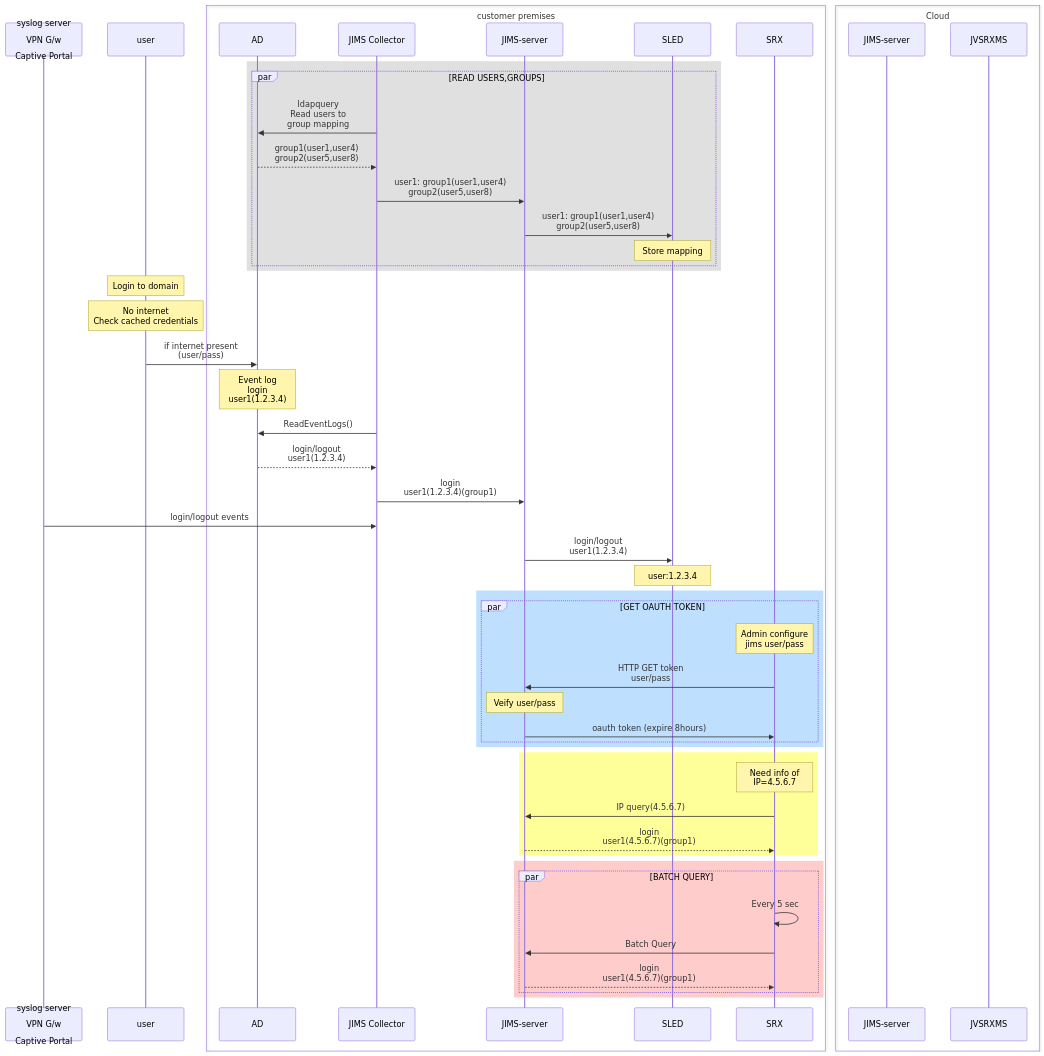
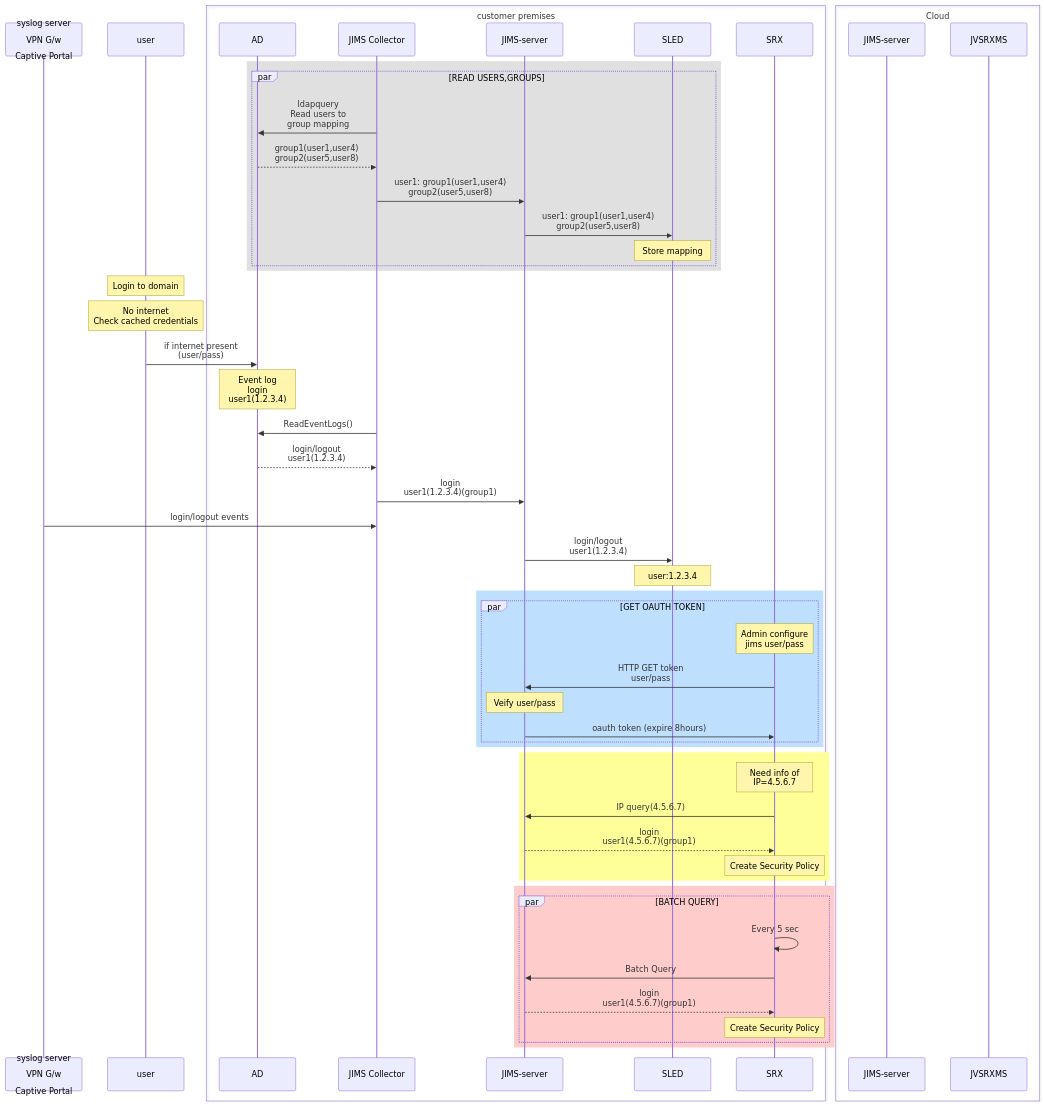
Before and after one commit to code-with-amitk/Code-examples: the diagram in Networking/Networking_Devices/Firewall/JIMS/README.adoc, drawn with Mermaid. The commit also changed other lines of this file, not shown here.

````diff
--- a/Networking/Networking_Devices/Firewall/JIMS/README.adoc
+++ b/Networking/Networking_Devices/Firewall/JIMS/README.adoc
@@ -8,61 +8,63 @@
 ```mermaid
 sequenceDiagram
   participant o as syslog server<br><br>VPN G/w<br><br>Captive Portal
   participant u as user
   box customer premises
   participant ad as AD
   participant col as JIMS Collector
   participant ser as JIMS-server
   participant sled as SLED
   participant srx as SRX
   end
 
   box Cloud
   participant srv as JIMS-server
   participant vsrx as JVSRXMS
   end
 
  rect rgb(224, 224, 224) 
  par READ USERS,GROUPS
  col ->> ad: ldapquery<br>Read users to <br>group mapping
  ad -->> col: group1(user1,user4)<br>group2(user5,user8)
  col ->> ser: user1: group1(user1,user4)<br>group2(user5,user8)
  ser ->> sled: user1: group1(user1,user4)<br>group2(user5,user8)
  Note over sled: Store mapping
  end end
 
 
  Note over u: Login to domain
  Note over u: No internet<br>Check cached credentials
  u ->> ad: if internet present<br>(user/pass)
  Note over ad: Event log<br>login<br>user1(1.2.3.4)
  col ->> ad: ReadEventLogs()
  ad -->> col: login/logout<br>user1(1.2.3.4)
  col ->> ser: login<br>user1(1.2.3.4)(group1)
  o ->> col: login/logout events
  ser ->> sled: login/logout<br>user1(1.2.3.4)
  Note over sled: user:1.2.3.4
 
  rect rgb(191, 223, 255)
  par GET OAUTH TOKEN
  Note over srx: Admin configure<br>jims user/pass
  srx ->> ser: HTTP GET token<br> user/pass
  Note over ser: Veify user/pass
  ser ->> srx: oauth token (expire 8hours)
  end
  end
 
  rect rgb(255, 255, 153)
  Note over srx: Need info of<br>IP=4.5.6.7
  srx ->> ser: IP query(4.5.6.7)
  ser -->> srx: login<br>user1(4.5.6.7)(group1)
+ Note over srx: Create Security Policy
  end
 
  rect rgb(255, 204, 204)
  par BATCH QUERY
  srx ->> srx: Every 5 sec
  srx ->> ser: Batch Query
  ser -->> srx: login<br>user1(4.5.6.7)(group1)
+ Note over srx: Create Security Policy
  end
  end
 ```
````
